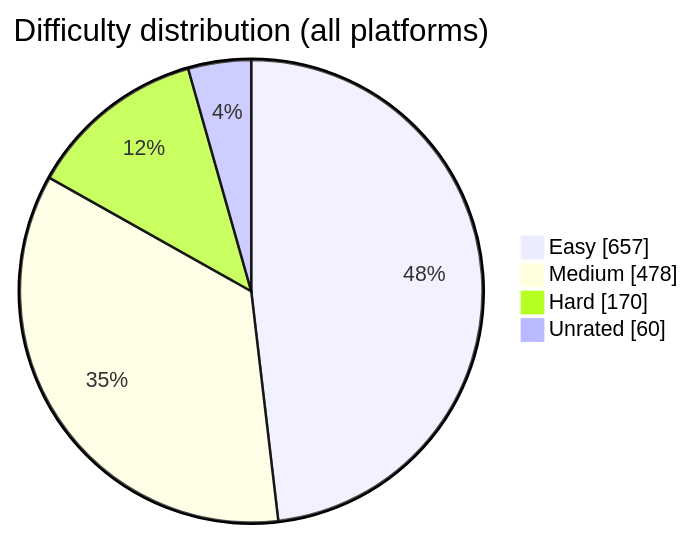
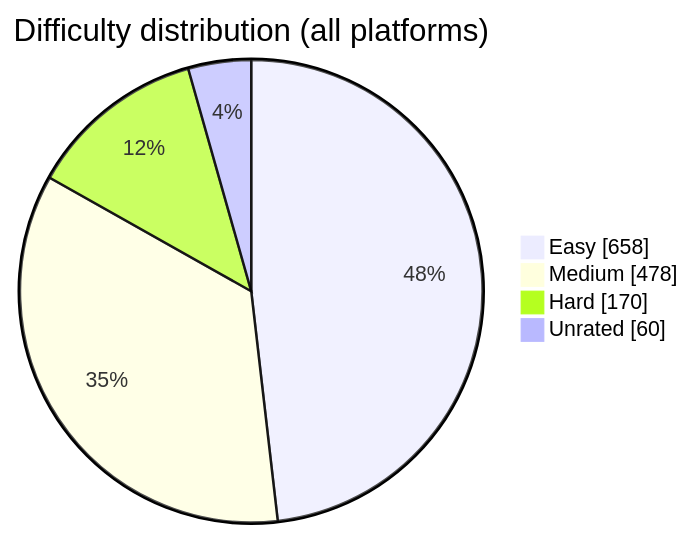
The diagram in README.md (BuildbyArindam/Daily-Coding-Log), drawn with Mermaid before and after one commit. The commit also changed other lines of this file, not shown here.

````diff
--- a/README.md
+++ b/README.md
@@ -93,7 +93,7 @@
 ```mermaid
 pie showData title Difficulty distribution (all platforms)
-    "Easy" : 657
+    "Easy" : 658
     "Medium" : 478
     "Hard" : 170
     "Unrated" : 60
 ```
````
